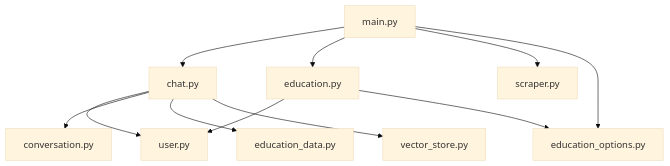
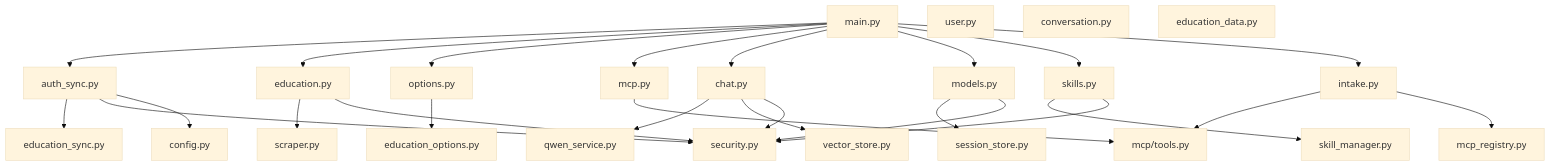
One commit to ghbbn053-ship-itsoulddog/soulddog changed the sixth of 6 diagrams in .qoder/repowiki/zh/content/后端API文档/后端API文档.md. Above: the diagram before and after it, drawn with Mermaid (base theme). The commit also changed other lines of this file and 119 other files, not shown here.

````diff
--- a/.qoder/repowiki/zh/content/后端API文档/后端API文档.md
+++ b/.qoder/repowiki/zh/content/后端API文档/后端API文档.md
@@ -428,22 +996,50 @@
 ```mermaid
 graph TB
 Main[main.py]
-ChatAPI[chat.py]
-EduAPI[education.py]
+AuthSync[auth_sync.py]
+Education[education.py]
+Options[options.py]
+MCP[mcp.py]
+Chat[chat.py]
+Models[models.py]
+Skills[skills.py]
+Intake[intake.py]
 Scraper[scraper.py]
-Options[education_options.py]
+EducationOptions[education_options.py]
 UserModel[user.py]
 ConvModel[conversation.py]
 EduDataModel[education_data.py]
 VectorStore[vector_store.py]
-Main --> ChatAPI
-Main --> EduAPI
-Main --> Scraper
+EducationSync[education_sync.py]
+QwenService[qwen_service.py]
+SkillManager[skill_manager.py]
+SessionStore[session_store.py]
+MCPRegistry[mcp_registry.py]
+Security[security.py]
+Config[config.py]
+MCPTools[mcp/tools.py]
+Main --> AuthSync
+Main --> Education
 Main --> Options
-ChatAPI --> UserModel
-ChatAPI --> ConvModel
-ChatAPI --> EduDataModel
-ChatAPI --> VectorStore
-EduAPI --> UserModel
-EduAPI --> Options
+Main --> MCP
+Main --> Chat
+Main --> Models
+Main --> Skills
+Main --> Intake
+AuthSync --> EducationSync
+AuthSync --> Security
+AuthSync --> Config
+Education --> Scraper
+Education --> Security
+Options --> EducationOptions
+Chat --> QwenService
+Chat --> VectorStore
+Chat --> Security
+Models --> SessionStore
+Models --> Security
+Skills --> SkillManager
+Skills --> Security
+Intake --> MCPTools
+Intake --> MCPRegistry
+MCP --> MCPTools
 ```
````
